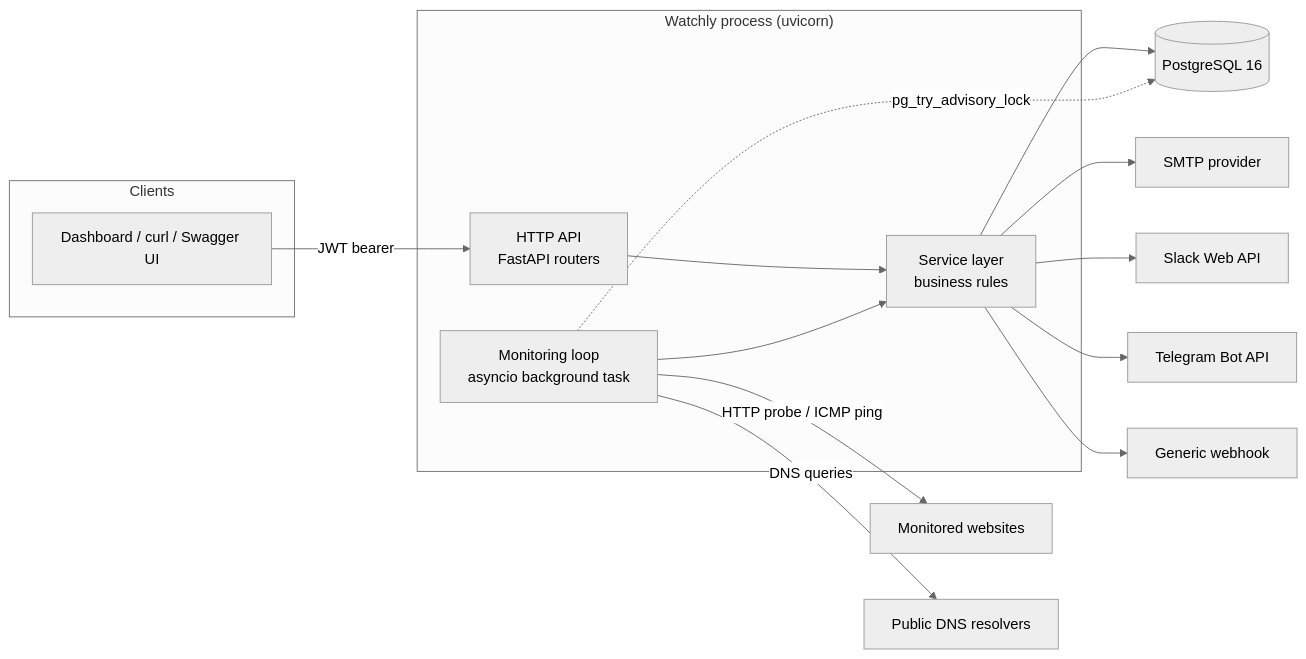
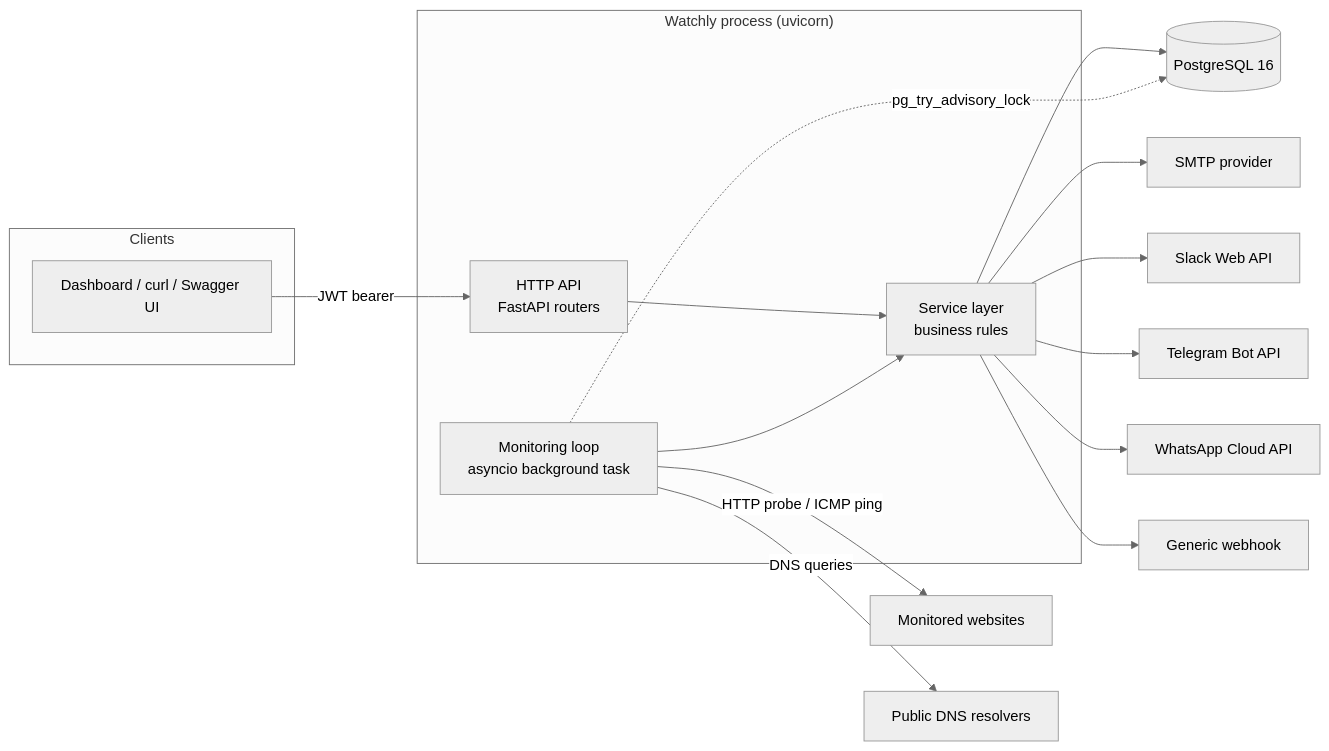
Before and after one commit to TahjibNil75/watchly: the first of 6 diagrams in doc/hld.md, drawn with Mermaid (neutral theme). The commit also changed other lines of this file and 41 other files, not shown here.

````diff
--- a/doc/hld.md
+++ b/doc/hld.md
@@ -47,32 +47,34 @@
 ```mermaid
 flowchart LR
     subgraph client["Clients"]
         UI["Dashboard / curl / Swagger UI"]
     end
 
     subgraph proc["Watchly process (uvicorn)"]
         API["HTTP API<br/>FastAPI routers"]
         LOOP["Monitoring loop<br/>asyncio background task"]
         SVC["Service layer<br/>business rules"]
     end
 
     DB[("PostgreSQL 16")]
     TARGETS["Monitored websites"]
     RESOLVERS["Public DNS resolvers"]
     SMTP["SMTP provider"]
     SLACK["Slack Web API"]
     TELEGRAM["Telegram Bot API"]
+    WHATSAPP["WhatsApp Cloud API"]
     HOOK["Generic webhook"]
 
     UI -->|"JWT bearer"| API
     API --> SVC
     LOOP --> SVC
     SVC --> DB
     LOOP -->|"HTTP probe / ICMP ping"| TARGETS
     LOOP -->|"DNS queries"| RESOLVERS
     SVC --> SMTP
     SVC --> SLACK
     SVC --> TELEGRAM
+    SVC --> WHATSAPP
     SVC --> HOOK
     LOOP -.->|"pg_try_advisory_lock"| DB
 ```
````
